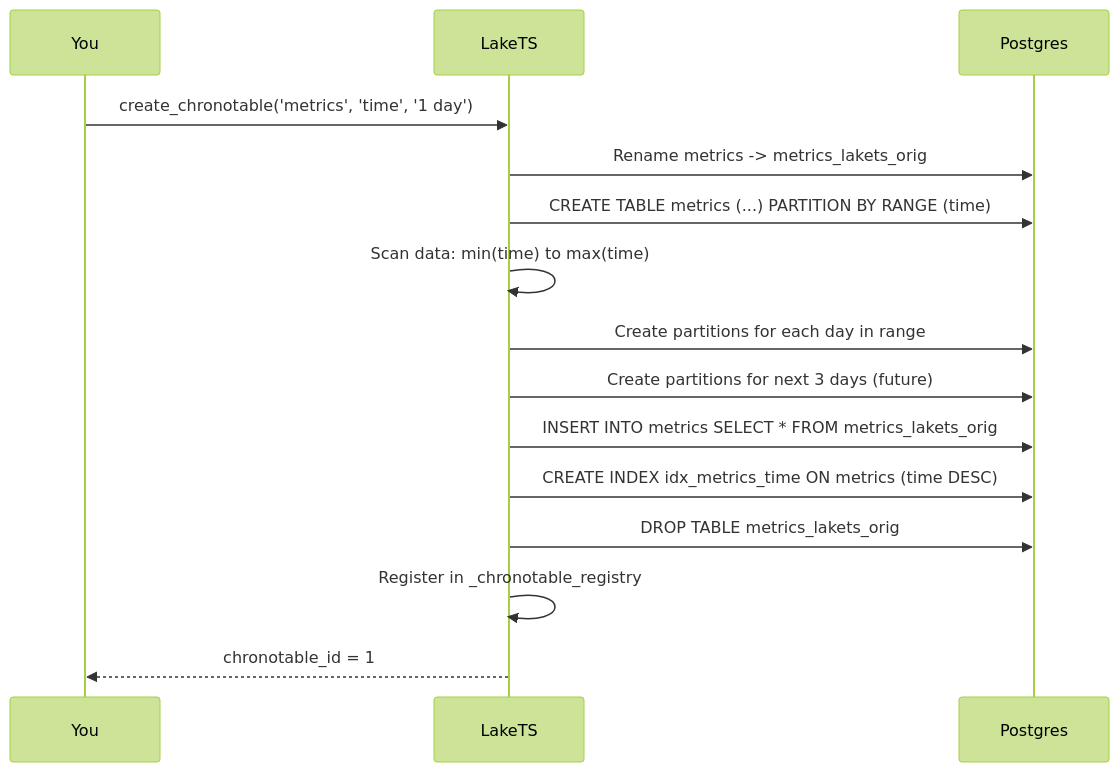
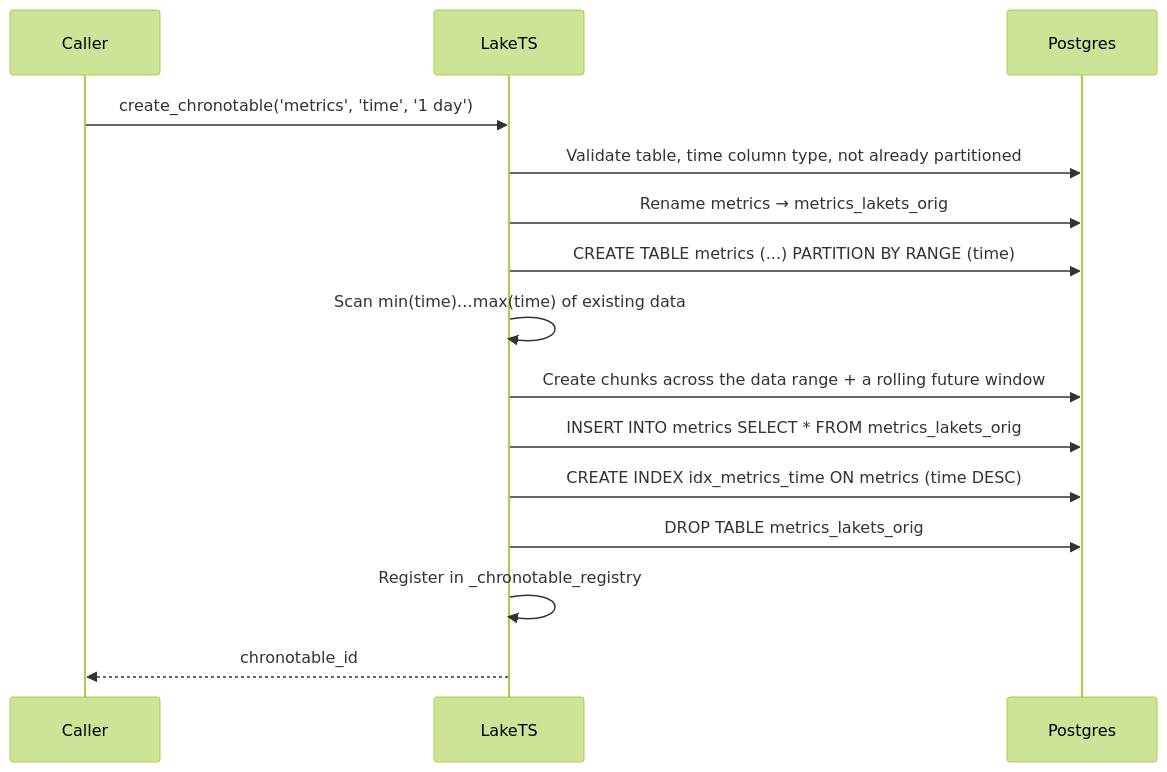
The diagram in website/docs/guides/how-it-works/chronotables.md (databricks-solutions/lakets), drawn with Mermaid (forest theme) before and after one commit. The commit also changed other lines of this file and 128 other files, not shown here.

````diff
--- a/website/docs/guides/how-it-works/chronotables.md
+++ b/website/docs/guides/how-it-works/chronotables.md
@@ -33,18 +48,18 @@
 ```mermaid
 sequenceDiagram
-    participant You
+    participant Caller
     participant LakeTS
     participant Postgres
 
-    You->>LakeTS: create_chronotable('metrics', 'time', '1 day')
-    LakeTS->>Postgres: Rename metrics -> metrics_lakets_orig
+    Caller->>LakeTS: create_chronotable('metrics', 'time', '1 day')
+    LakeTS->>Postgres: Validate table, time column type, not already partitioned
+    LakeTS->>Postgres: Rename metrics → metrics_lakets_orig
     LakeTS->>Postgres: CREATE TABLE metrics (...) PARTITION BY RANGE (time)
-    LakeTS->>LakeTS: Scan data: min(time) to max(time)
-    LakeTS->>Postgres: Create partitions for each day in range
-    LakeTS->>Postgres: Create partitions for next 3 days (future)
+    LakeTS->>LakeTS: Scan min(time)…max(time) of existing data
+    LakeTS->>Postgres: Create chunks across the data range + a rolling future window
     LakeTS->>Postgres: INSERT INTO metrics SELECT * FROM metrics_lakets_orig
     LakeTS->>Postgres: CREATE INDEX idx_metrics_time ON metrics (time DESC)
     LakeTS->>Postgres: DROP TABLE metrics_lakets_orig
     LakeTS->>LakeTS: Register in _chronotable_registry
-    LakeTS-->>You: chronotable_id = 1
+    LakeTS-->>Caller: chronotable_id
 ```
````
